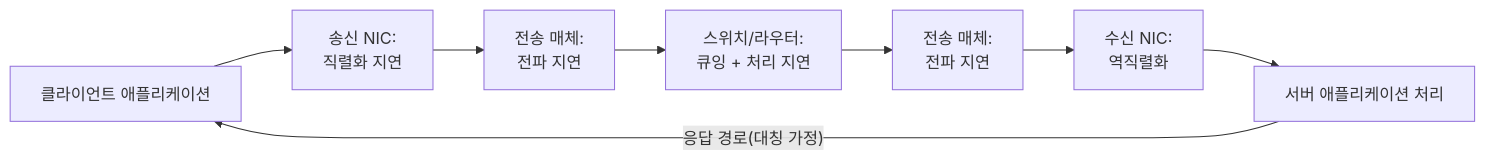
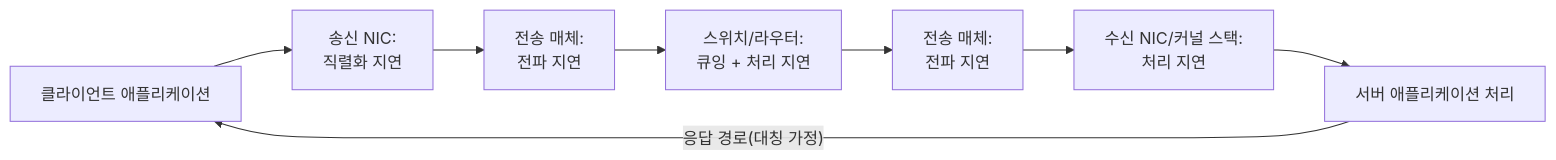
One commit to 42jerrykim/42jerrykim.github.io changed the diagram in content/collection/optimization-10-network/01-network-latency-intuition/index.md. Above: the diagram before and after it, drawn with Mermaid. The commit also changed other lines of this file and 1 other file, not shown here.

````diff
--- a/content/collection/optimization-10-network/01-network-latency-intuition/index.md
+++ b/content/collection/optimization-10-network/01-network-latency-intuition/index.md
@@ -101,10 +101,10 @@
 ```mermaid
 flowchart LR
   clientApp["클라이언트 애플리케이션"] --> clientNic["송신 NIC:</br>직렬화 지연"]
   clientNic --> wireOut["전송 매체:</br>전파 지연"]
   wireOut --> hop["스위치/라우터:</br>큐잉 + 처리 지연"]
   hop --> wireIn["전송 매체:</br>전파 지연"]
-  wireIn --> serverNic["수신 NIC:</br>역직렬화"]
+  wireIn --> serverNic["수신 NIC/커널 스택:</br>처리 지연"]
   serverNic --> serverApp["서버 애플리케이션 처리"]
   serverApp -->|"응답 경로(대칭 가정)"| clientApp
 ```
````
